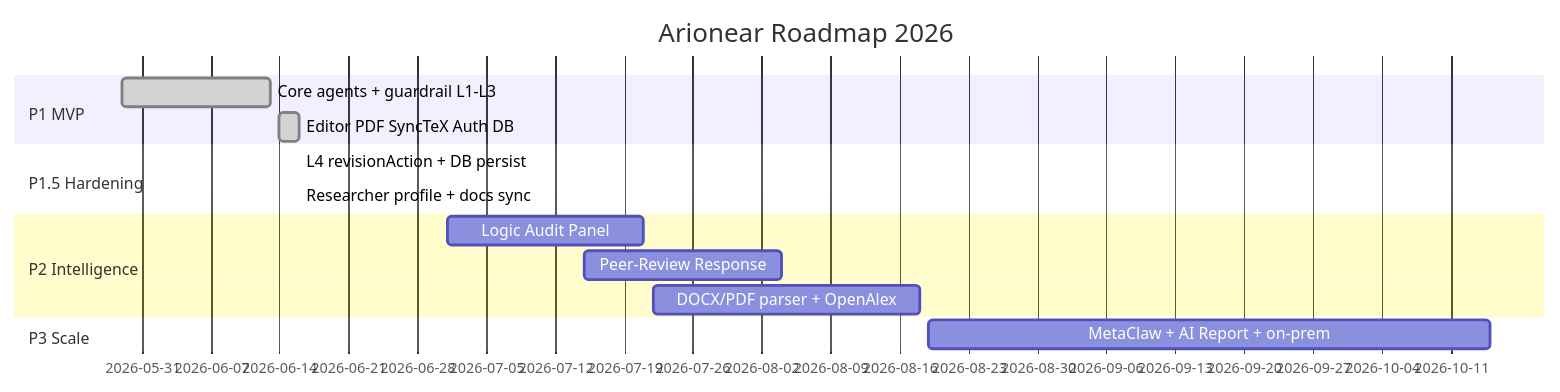
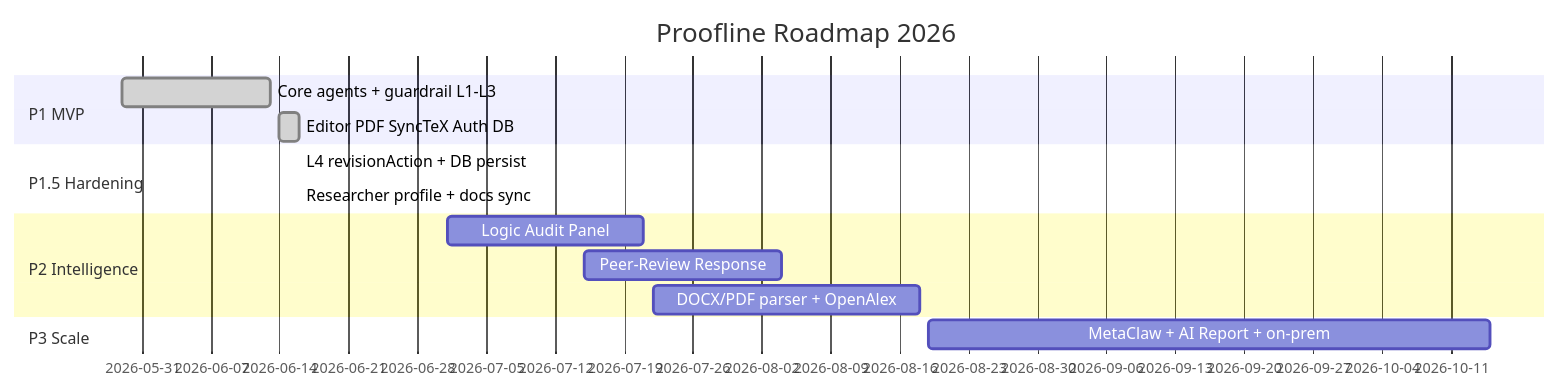
The second of 2 diagrams in ROADMAP.md (Tai-TZ/arionear-ai-paper-editor), drawn with Mermaid before and after one commit. The commit also changed other lines of this file and 155 other files, not shown here.

````diff
--- a/ROADMAP.md
+++ b/ROADMAP.md
@@ -289,17 +289,17 @@
 ```mermaid
 gantt
-    title Arionear Roadmap 2026
+    title Proofline Roadmap 2026
     dateFormat YYYY-MM-DD
     section P1 MVP
     Core agents + guardrail L1-L3     :done, p1, 2026-05-29, 2026-06-13
     Editor PDF SyncTeX Auth DB        :done, p1b, 2026-06-14, 2026-06-16
     section P1.5 Hardening
     L4 revisionAction + DB persist    :done, p15, 2026-06-17, 2026-06-16
     Researcher profile + docs sync    :done, p15b, 2026-06-17, 2026-06-16
     section P2 Intelligence
     Logic Audit Panel                 :p2a, 2026-07-01, 2026-07-21
     Peer-Review Response              :p2b, 2026-07-15, 2026-08-04
     DOCX/PDF parser + OpenAlex        :p2c, 2026-07-22, 2026-08-18
     section P3 Scale
     MetaClaw + AI Report + on-prem    :p3, 2026-08-19, 2026-10-15
 ```
````
